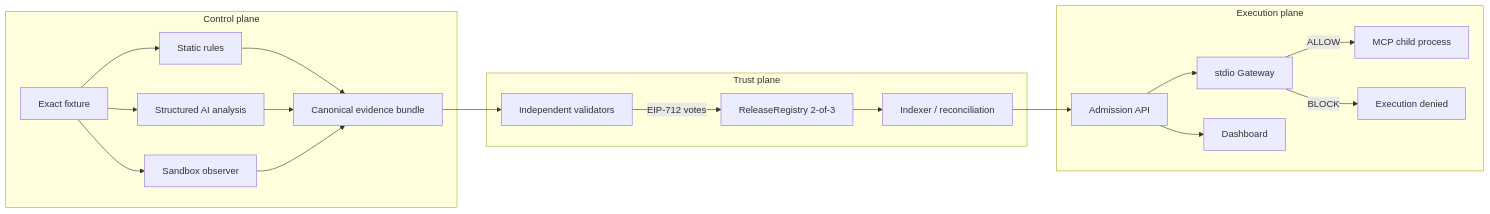
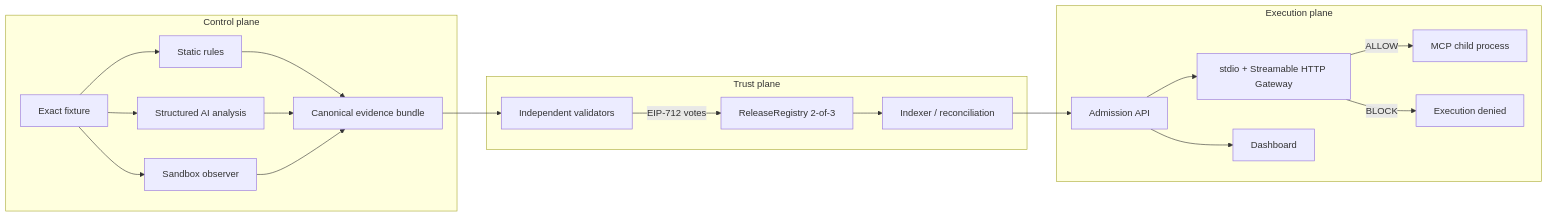
One commit to sihoon-0077/MCPShield changed the diagram in docs/architecture.md. Above: the diagram before and after it, drawn with Mermaid. The commit also changed other lines of this file and 17 other files, not shown here.

Commit message:
feat: expose verified MCP over Streamable HTTP

````diff
--- a/docs/architecture.md
+++ b/docs/architecture.md
@@ -7,23 +7,23 @@
 ```mermaid
 flowchart LR
     subgraph Control["Control plane"]
       F["Exact fixture"] --> S["Static rules"]
       F --> AI["Structured AI analysis"]
       F --> SB["Sandbox observer"]
       S --> E["Canonical evidence bundle"]
       AI --> E
       SB --> E
     end
     subgraph Trust["Trust plane"]
       E --> V["Independent validators"]
       V -->|"EIP-712 votes"| C["ReleaseRegistry 2-of-3"]
       C --> I["Indexer / reconciliation"]
     end
     subgraph Data["Execution plane"]
       I --> API["Admission API"]
-      API --> G["stdio Gateway"]
+      API --> G["stdio + Streamable HTTP Gateway"]
       G -->|"ALLOW"| MCP["MCP child process"]
       G -->|"BLOCK"| D["Execution denied"]
       API --> UI["Dashboard"]
     end
 ```
````
